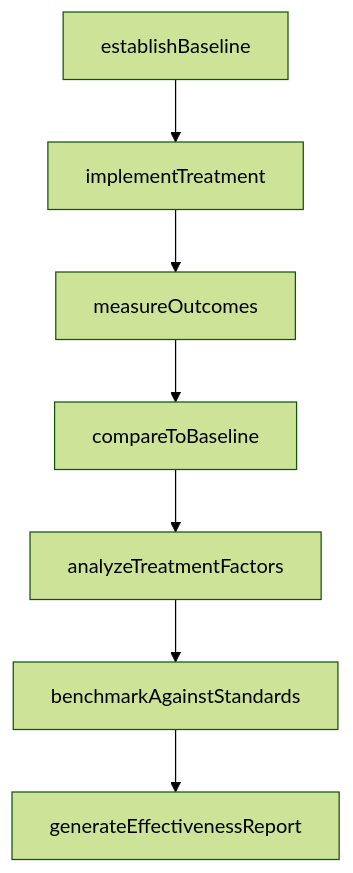
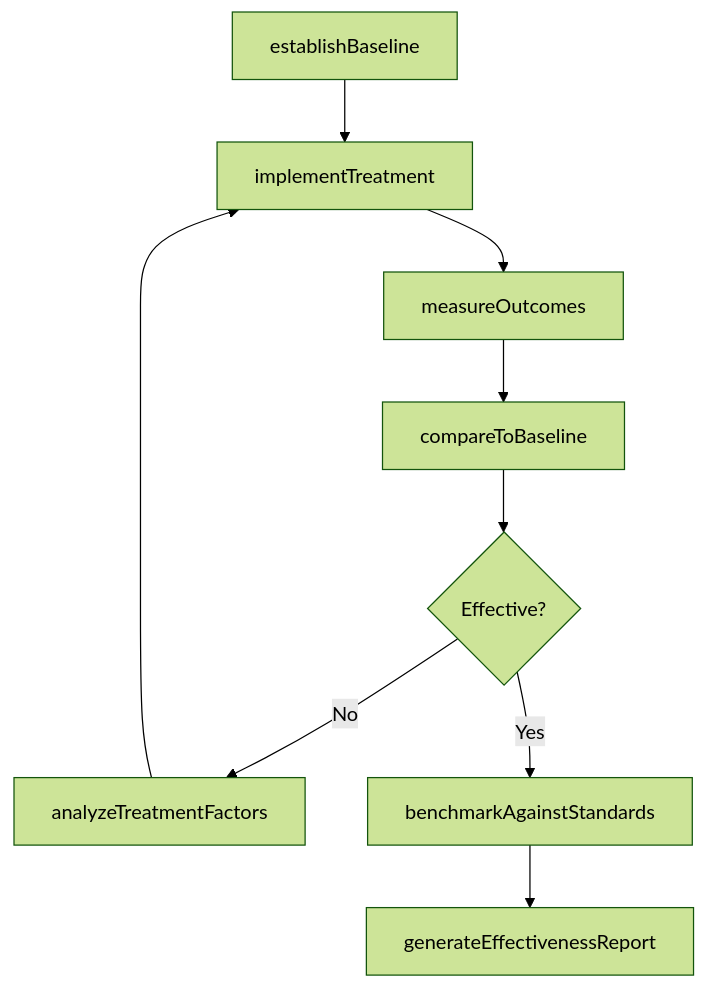
Before and after one commit to dot-org-ai/tasks.org.ai: the third of 4 diagrams in JudgingTheQualitiesOfObjectsServicesOrPeople/EvaluatePatientOrClientConditionOrTreatmentOptions/EvaluatePatientOutcomesDetermineEffectiveness.mdx, drawn with Mermaid (forest theme). The commit also changed other lines of this file and 266 other files, not shown here.

First line of the commit message:
feat: Add ER diagrams, state diagrams to wave 2 batch (251 DWA files)

````diff
--- a/JudgingTheQualitiesOfObjectsServicesOrPeople/EvaluatePatientOrClientConditionOrTreatmentOptions/EvaluatePatientOutcomesDetermineEffectiveness.mdx
+++ b/JudgingTheQualitiesOfObjectsServicesOrPeople/EvaluatePatientOrClientConditionOrTreatmentOptions/EvaluatePatientOutcomesDetermineEffectiveness.mdx
@@ -87,9 +114,11 @@
 ```mermaid
 graph TD
     A[establishBaseline] --> B[implementTreatment]
     B --> C[measureOutcomes]
     C --> D[compareToBaseline]
-    D --> E[analyzeTreatmentFactors]
-    E --> F[benchmarkAgainstStandards]
-    F --> G[generateEffectivenessReport]
+    D --> E{Effective?}
+    E -->|No| F[analyzeTreatmentFactors]
+    F --> B
+    E -->|Yes| G[benchmarkAgainstStandards]
+    G --> H[generateEffectivenessReport]
 ```
````
